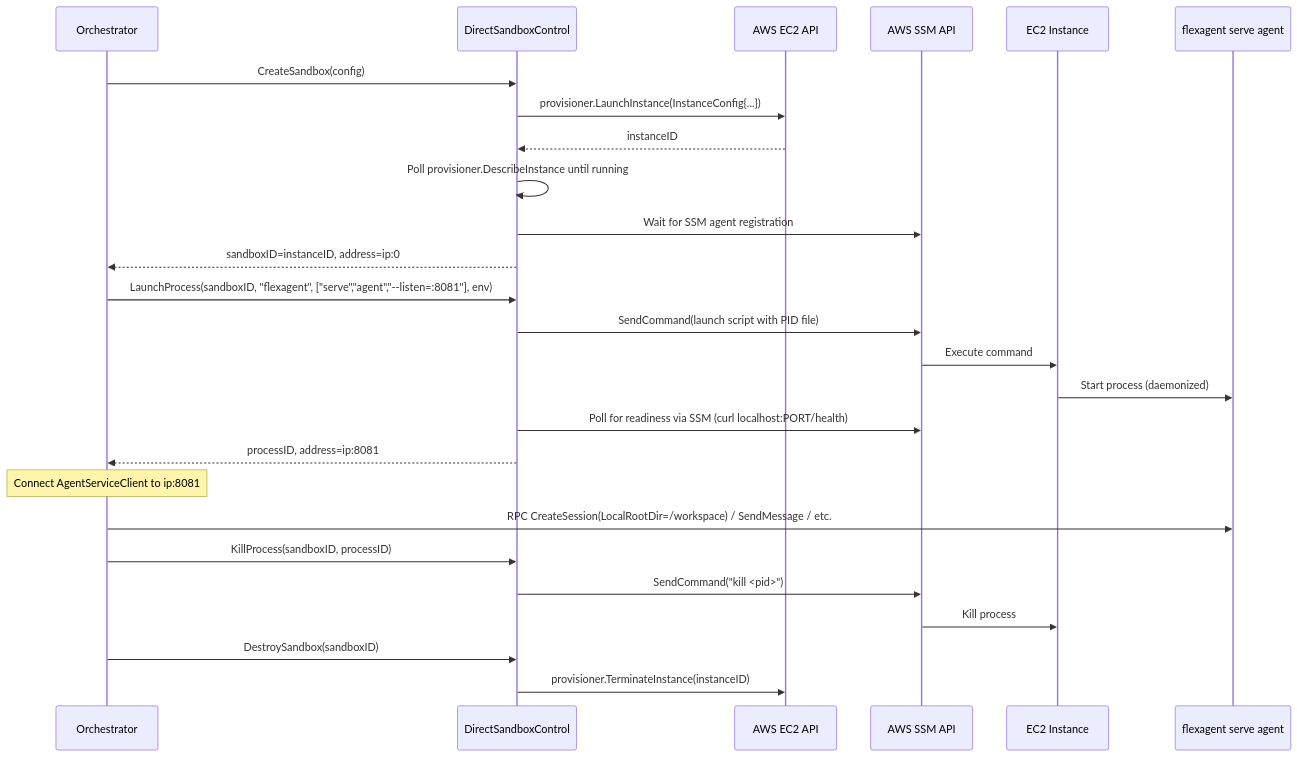
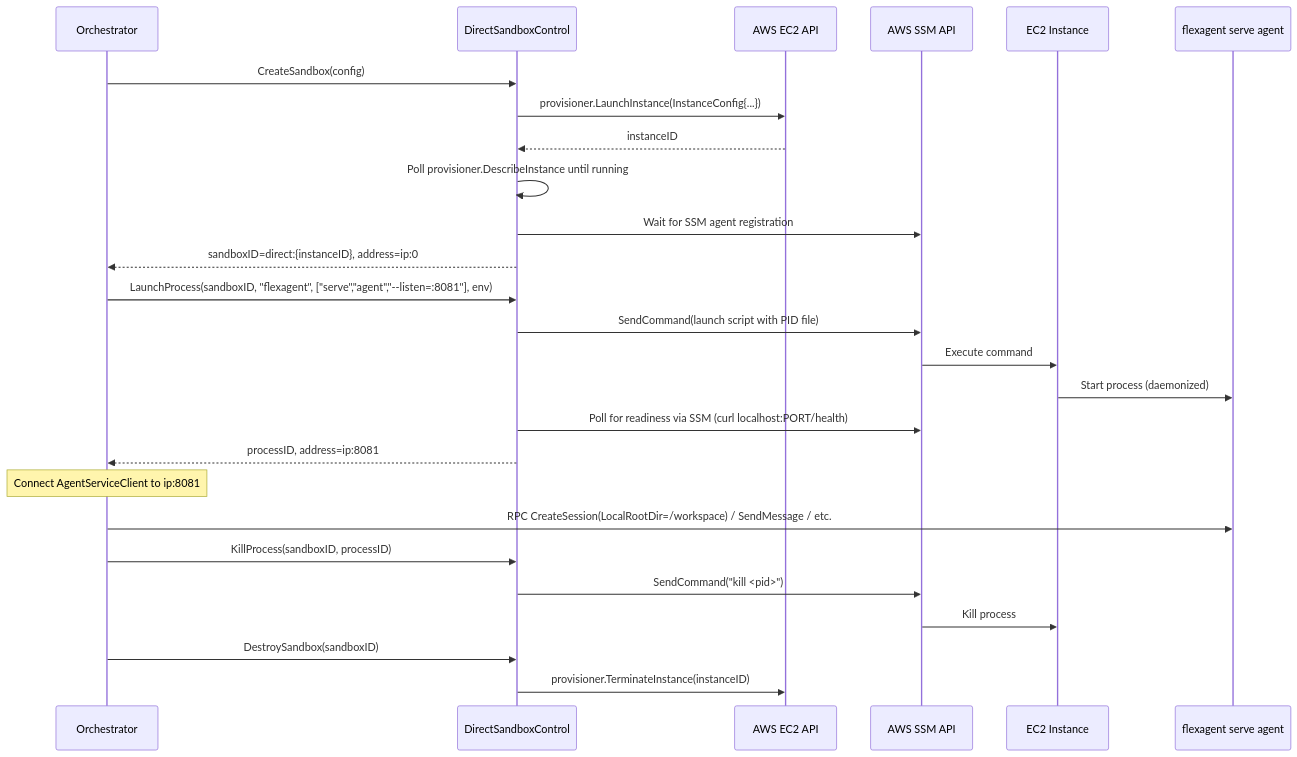
One commit to dcosson/flex-agent-runtime changed the second of 3 diagrams in docs/plans/19-ec2-direct-adapter.md. Above: the diagram before and after it, drawn with Mermaid. The commit also changed other lines of this file and 2 other files, not shown here.

````diff
--- a/docs/plans/19-ec2-direct-adapter.md
+++ b/docs/plans/19-ec2-direct-adapter.md
@@ -103,33 +103,33 @@
 ```mermaid
 sequenceDiagram
     participant O as Orchestrator
     participant SC as DirectSandboxControl
     participant EC2 as AWS EC2 API
     participant SSM as AWS SSM API
     participant I as EC2 Instance
     participant A as flexagent serve agent
 
     O->>SC: CreateSandbox(config)
     SC->>EC2: provisioner.LaunchInstance(InstanceConfig{...})
     EC2-->>SC: instanceID
     SC->>SC: Poll provisioner.DescribeInstance until running
     SC->>SSM: Wait for SSM agent registration
-    SC-->>O: sandboxID=instanceID, address=ip:0
+    SC-->>O: sandboxID=direct:{instanceID}, address=ip:0
 
     O->>SC: LaunchProcess(sandboxID, "flexagent", ["serve","agent","--listen=:8081"], env)
     SC->>SSM: SendCommand(launch script with PID file)
     SSM->>I: Execute command
     I->>A: Start process (daemonized)
     SC->>SSM: Poll for readiness via SSM (curl localhost:PORT/health)
     SC-->>O: processID, address=ip:8081
 
     Note over O: Connect AgentServiceClient to ip:8081
     O->>A: RPC CreateSession(LocalRootDir=/workspace) / SendMessage / etc.
 
     O->>SC: KillProcess(sandboxID, processID)
     SC->>SSM: SendCommand("kill <pid>")
     SSM->>I: Kill process
 
     O->>SC: DestroySandbox(sandboxID)
     SC->>EC2: provisioner.TerminateInstance(instanceID)
 ```
````
